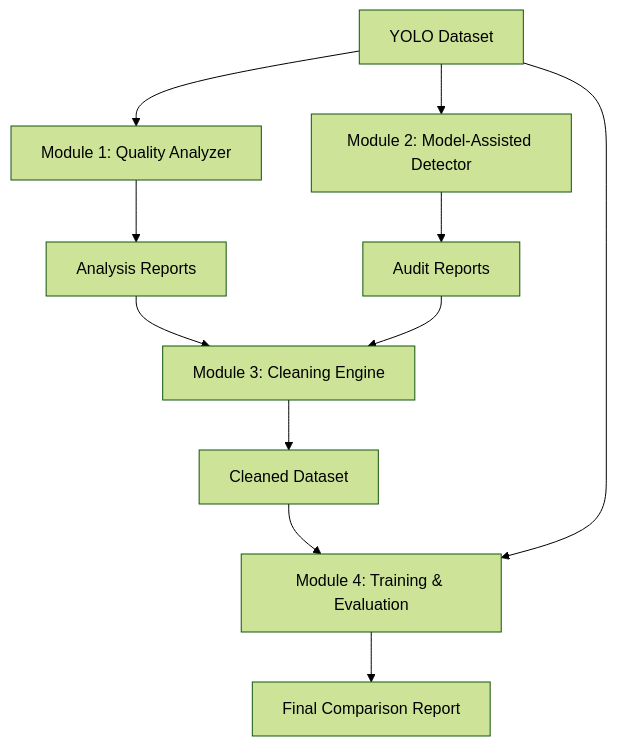
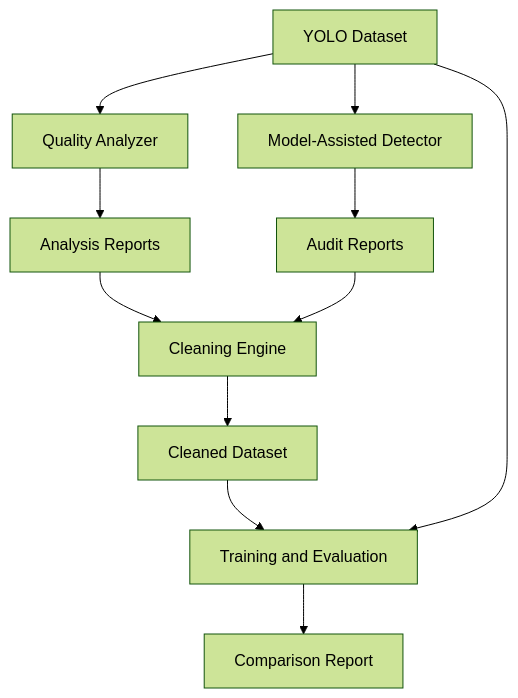
One commit to Podiavaibhav/annotation-qa-yolo changed the diagram in README.md. Above: the diagram before and after it, drawn with Mermaid (forest theme). The commit also changed other lines of this file, not shown here.

````diff
--- a/README.md
+++ b/README.md
@@ -16,13 +18,13 @@
 ```mermaid
 graph TD
-    A[YOLO Dataset] --> B[Module 1: Quality Analyzer]
-    A --> C[Module 2: Model-Assisted Detector]
+    A[YOLO Dataset] --> B[Quality Analyzer]
+    A --> C[Model-Assisted Detector]
     B --> D[Analysis Reports]
     C --> E[Audit Reports]
-    D --> F[Module 3: Cleaning Engine]
+    D --> F[Cleaning Engine]
     E --> F
     F --> G[Cleaned Dataset]
-    G --> H[Module 4: Training & Evaluation]
+    G --> H[Training and Evaluation]
     A --> H
-    H --> I[Final Comparison Report]
+    H --> I[Comparison Report]
 ```
````
